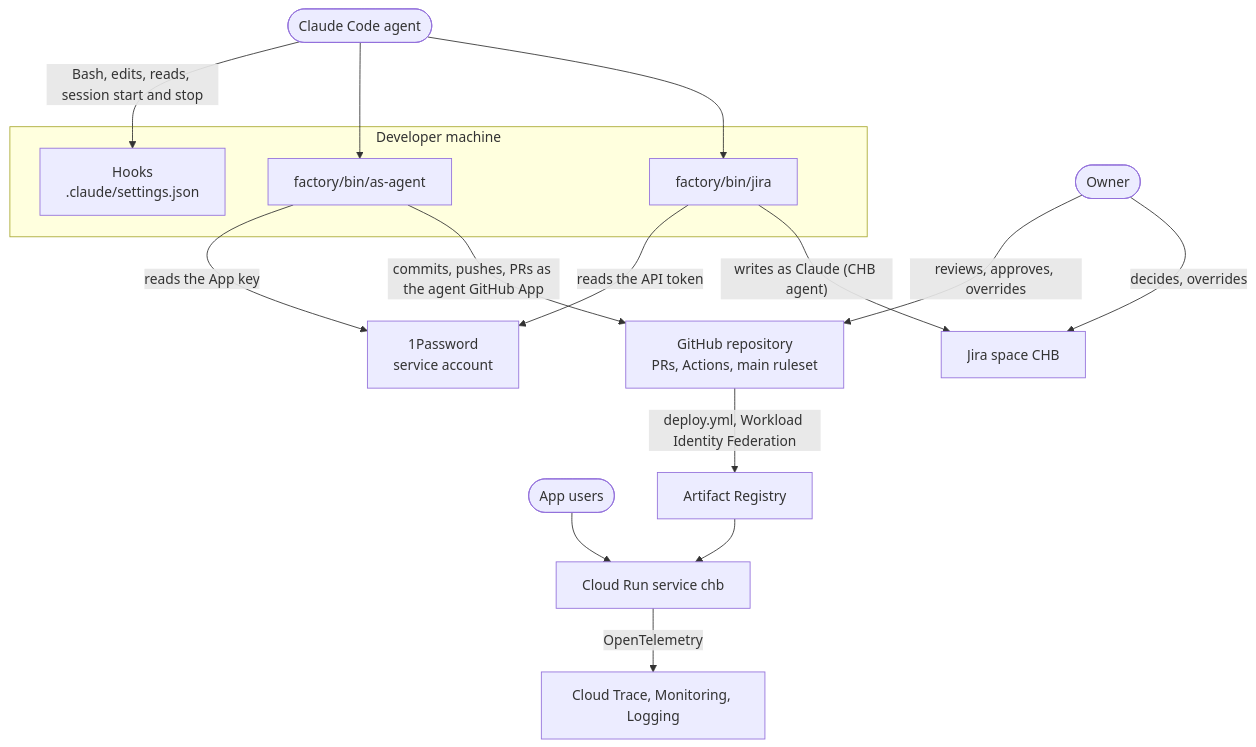
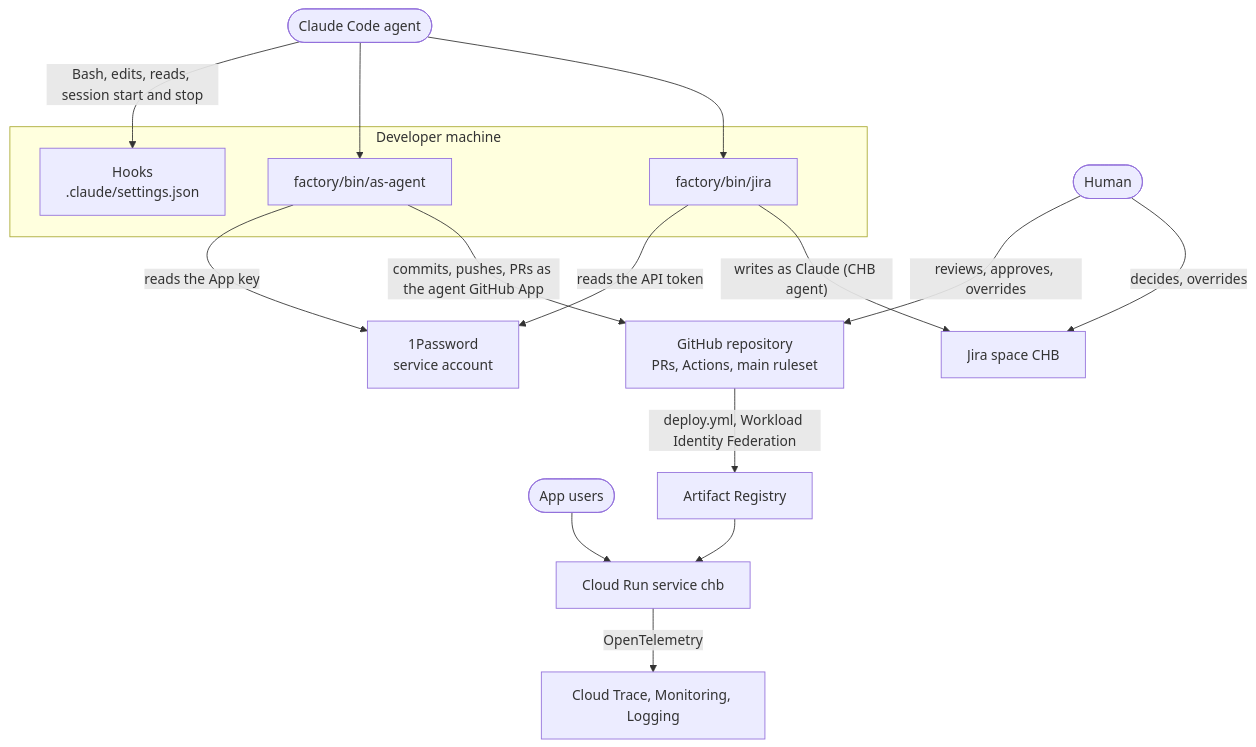
The first of 2 diagrams in CONTRIBUTING.md (islomar/corporate-hotel-booking-software-factory), drawn with Mermaid before and after one commit. The commit also changed other lines of this file and 68 other files, not shown here.

````diff
--- a/CONTRIBUTING.md
+++ b/CONTRIBUTING.md
@@ -47,33 +47,33 @@
 ```mermaid
 flowchart TD
-    owner(["Owner"])
+    human(["Human"])
     agent(["Claude Code agent"])
     users(["App users"])
 
     subgraph laptop["Developer machine"]
         hooks["Hooks<br/>.claude/settings.json"]
         asagent["factory/bin/as-agent"]
         jirawrap["factory/bin/jira"]
     end
 
     onepass["1Password<br/>service account"]
     jira["Jira space CHB"]
     github["GitHub repository<br/>PRs, Actions, main ruleset"]
     registry["Artifact Registry"]
     run["Cloud Run service chb"]
     obs["Cloud Trace, Monitoring, Logging"]
 
     agent -- "Bash, edits, reads, session start and stop" --> hooks
     agent --> asagent
     agent --> jirawrap
     asagent -- "reads the App key" --> onepass
     jirawrap -- "reads the API token" --> onepass
     asagent -- "commits, pushes, PRs as the agent GitHub App" --> github
     jirawrap -- "writes as Claude (CHB agent)" --> jira
-    owner -- "reviews, approves, overrides" --> github
-    owner -- "decides, overrides" --> jira
+    human -- "reviews, approves, overrides" --> github
+    human -- "decides, overrides" --> jira
     github -- "deploy.yml, Workload Identity Federation" --> registry
     registry --> run
     users --> run
     run -- "OpenTelemetry" --> obs
 ```
````
